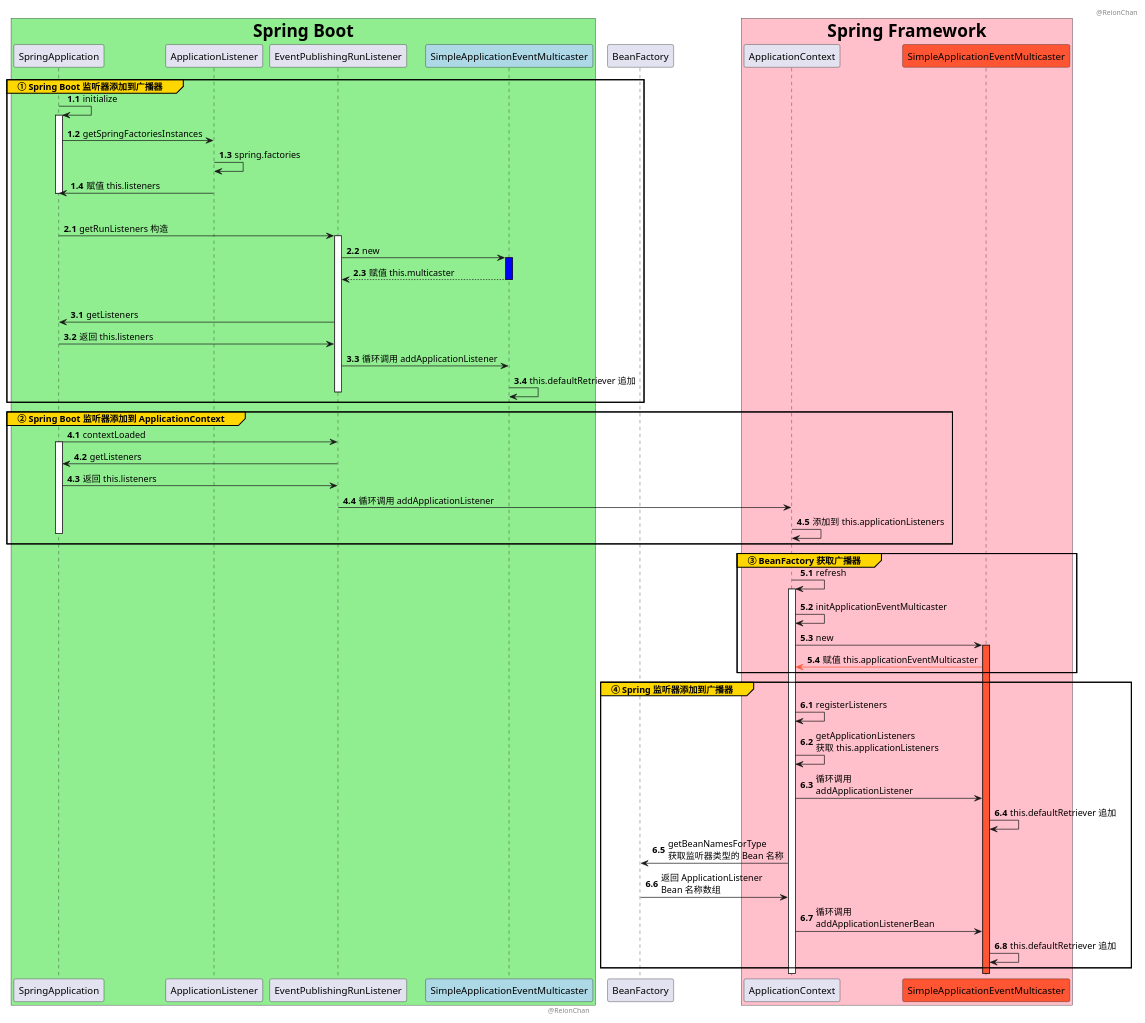
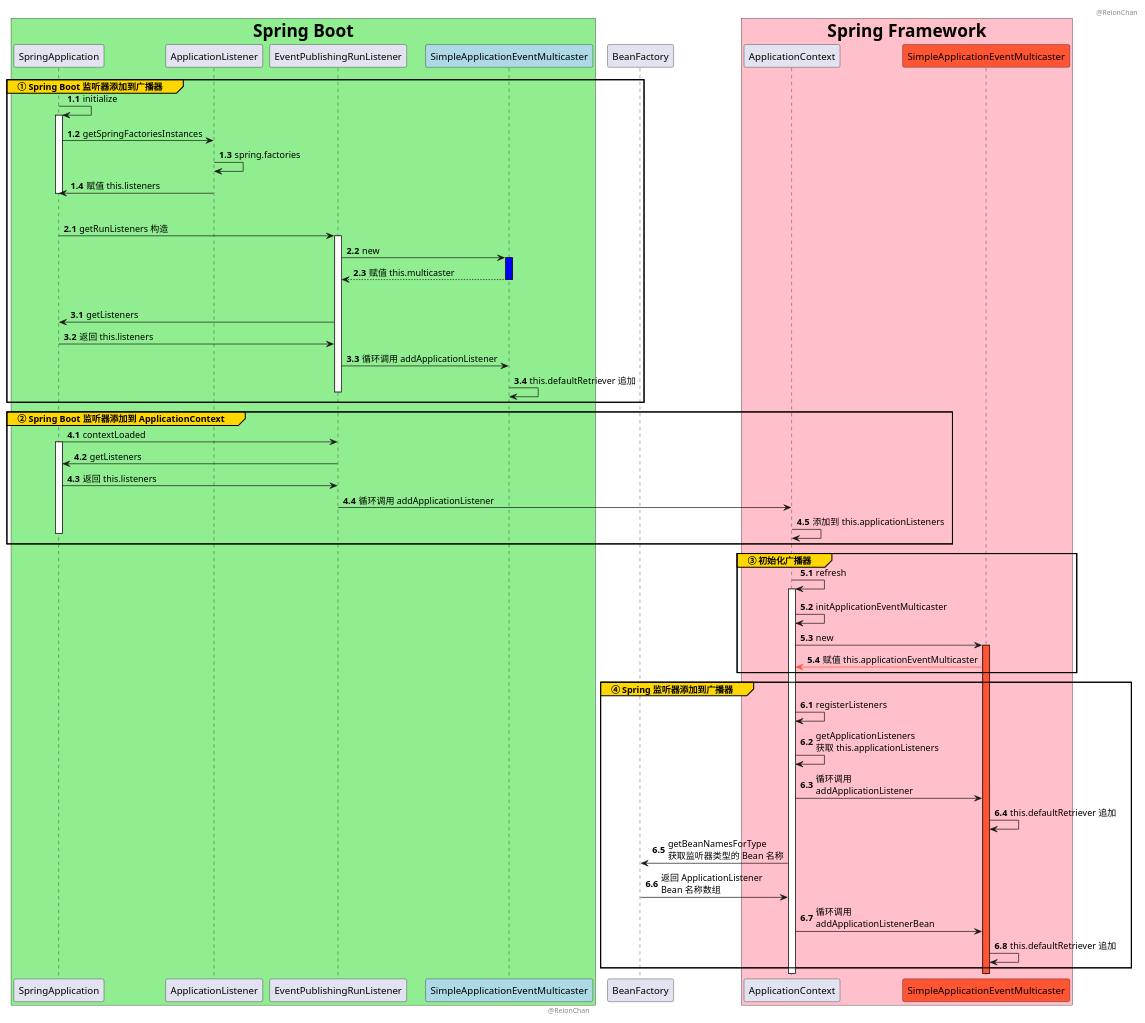
Before and after one commit to ReionChan/thinking-in-spring-boot-samples: the diagram in spring-boot-2.0-samples/spring-application-sample/src/main/resources/uml/spring-boot-1.4-listeners-added-into-multicaster.puml, drawn with PlantUML.

```diff
--- a/spring-boot-2.0-samples/spring-application-sample/src/main/resources/uml/spring-boot-1.4-listeners-added-into-multicaster.puml
+++ b/spring-boot-2.0-samples/spring-application-sample/src/main/resources/uml/spring-boot-1.4-listeners-added-into-multicaster.puml
@@ -1,75 +1,75 @@
 @startuml
 
 header "@ReionChan"
 footer "@ReionChan"
 
 box "<font size=25>Spring Boot" #lightgreen
 participant SpringApplication as SA
 participant ApplicationListener as AL
 participant EventPublishingRunListener as EPRL
 participant SimpleApplicationEventMulticaster as SAEM #lightblue
 end box
 participant BeanFactory as BF
 box "<font size=25>Spring Framework" #pink
 participant ApplicationContext as AC
 participant SimpleApplicationEventMulticaster as SAEM2 #FF5533
 end box
 
 group#gold ① Spring Boot 监听器添加到广播器
     autonumber 1.1
     SA -> SA: initialize
     activate SA
     SA -> AL: getSpringFactoriesInstances
     AL -> AL: spring.factories
     AL -> SA: 赋值 this.listeners
     deactivate SA
     ||30||
     autonumber 2.1
     SA -> EPRL: getRunListeners 构造
     activate EPRL
     EPRL -> SAEM ++ #blue : new
     'activate SAEM
     return 赋值 this.multicaster
     'deactivate SAEM
     ||30||
     autonumber 3.1
     EPRL -> SA: getListeners
     SA -> EPRL: 返回 this.listeners
     EPRL -> SAEM: 循环调用 addApplicationListener
     SAEM -> SAEM: this.defaultRetriever 追加
     deactivate EPRL
 end
 
 group#gold ② Spring Boot 监听器添加到 ApplicationContext
     autonumber 4.1
     SA -> EPRL: contextLoaded
     activate SA
     EPRL -> SA: getListeners
     SA -> EPRL: 返回 this.listeners
     EPRL -> AC: 循环调用 addApplicationListener
     AC -> AC: 添加到 this.applicationListeners
     deactivate SA
 end
 
-group#gold ③ BeanFactory 获取广播器
+group#gold ③ 初始化广播器
     autonumber 5.1
     AC -> AC: refresh
     activate AC
     AC -> AC: initApplicationEventMulticaster
     AC -> SAEM2 ++ #FF5533 : new
     SAEM2 -[#FF5533]> AC : 赋值 this.applicationEventMulticaster
 
 
 end
 group#gold ④ Spring 监听器添加到广播器
     autonumber 6.1
     AC -> AC: registerListeners
     AC -> AC: getApplicationListeners\n获取 this.applicationListeners
     AC -> SAEM2: 循环调用\naddApplicationListener
     SAEM2 -> SAEM2: this.defaultRetriever 追加
     AC -> BF: getBeanNamesForType\n获取监听器类型的 Bean 名称
     BF -> AC: 返回 ApplicationListener\nBean 名称数组
     AC -> SAEM2: 循环调用\naddApplicationListenerBean
     SAEM2 -> SAEM2: this.defaultRetriever 追加
 end
 @enduml
```
